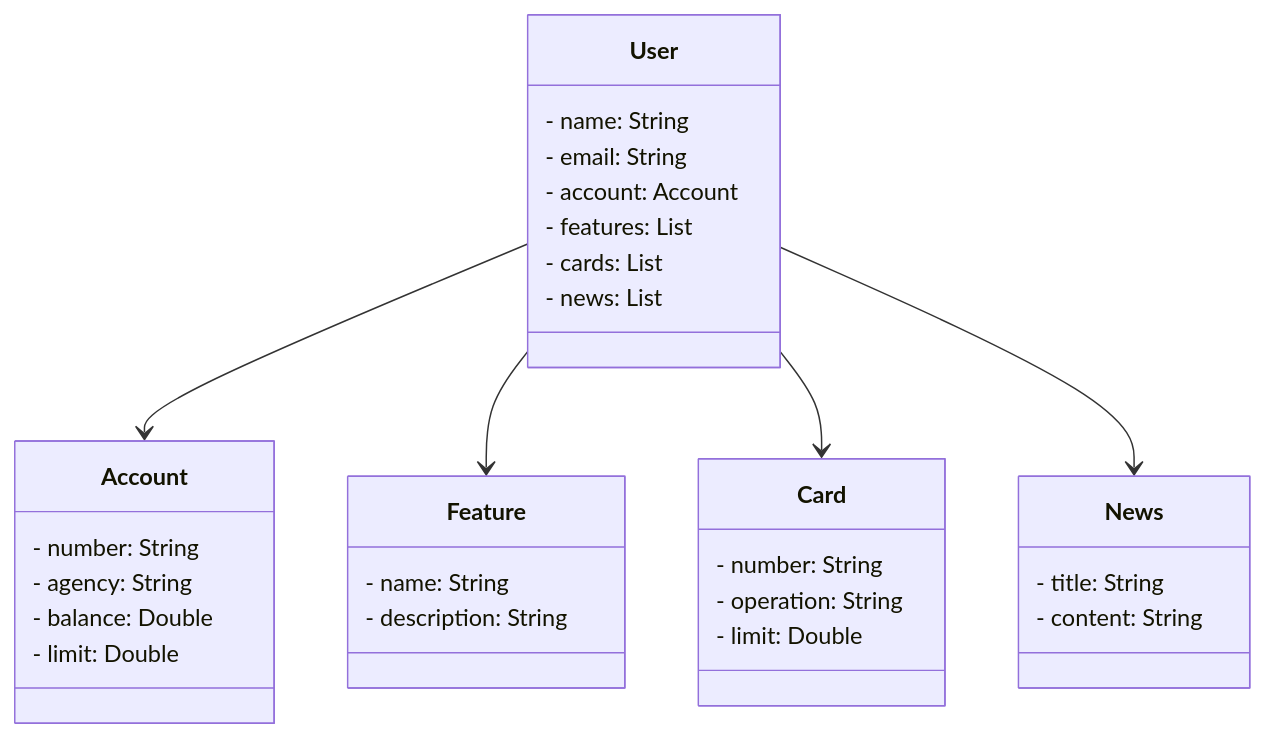
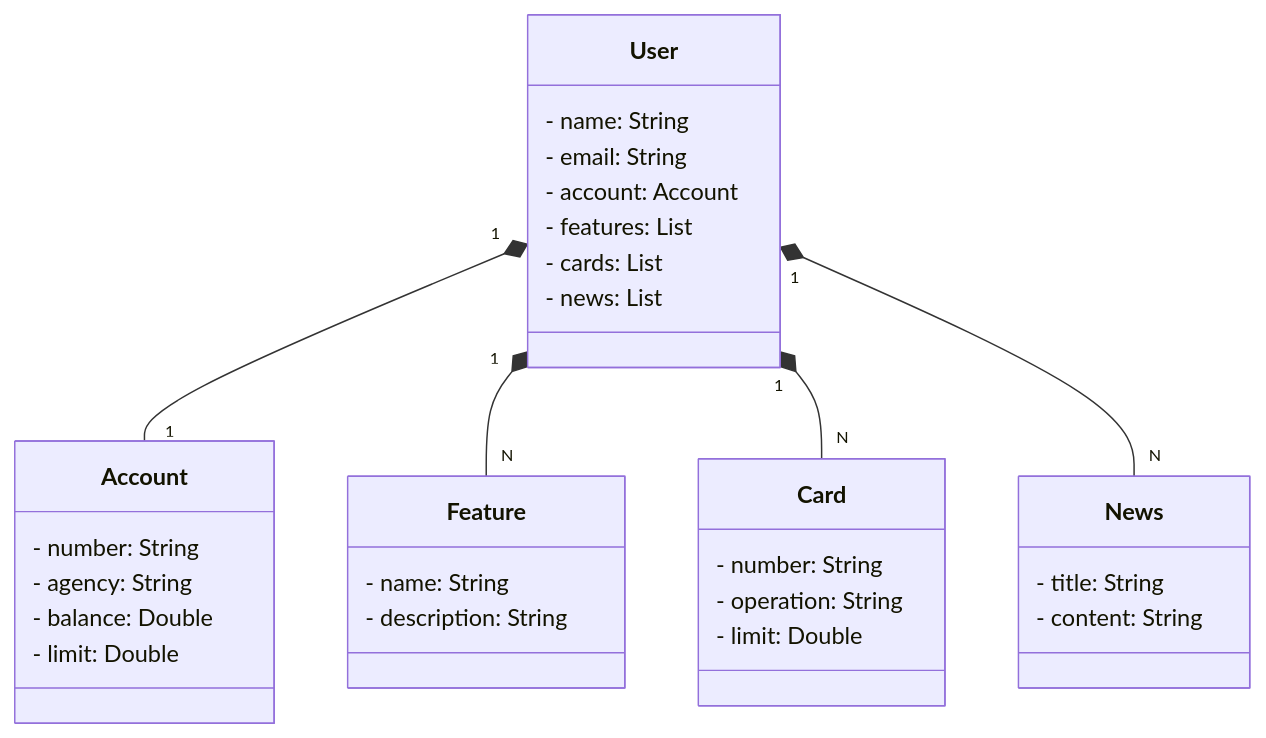
Before and after one commit to dbengp/dio-spring-railway-application: the diagram in README.md, drawn with Mermaid.

````diff
--- a/README.md
+++ b/README.md
@@ -6,39 +6,39 @@
 ```mermaid
    classDiagram
     class User {
         - name: String
         - email: String
         - account: Account
         - features: List<Feature>
         - cards: List<Card>
         - news: List<News>
     }
 
     class Account {
         - number: String
         - agency: String
         - balance: Double
         - limit: Double
     }
 
     class Feature {
         - name: String
         - description: String
     }
 
     class Card {
         - number: String
         - operation: String
         - limit: Double
     }
 
     class News {
         - title: String
         - content: String
     }
 
-    User --> Account
-    User --> Feature
-    User --> Card
-    User --> News
+    User "1" *-- "1" Account
+    User "1" *-- "N" Feature
+    User "1" *-- "N" Card
+    User "1" *-- "N" News
 ```
````
